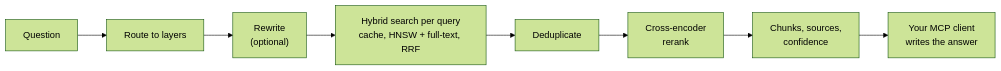
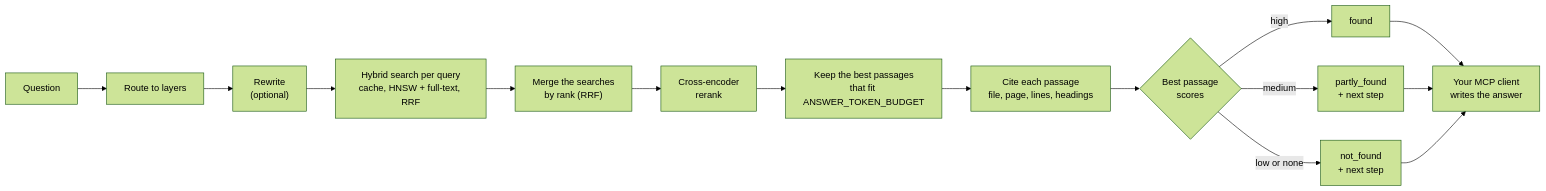
Before and after one commit to boudou/StrataKB: the sixth of 13 diagrams in README.md, drawn with Mermaid (forest theme). The commit also changed other lines of this file and 34 other files, not shown here.

````diff
--- a/README.md
+++ b/README.md
@@ -155,6 +164,10 @@
 ```mermaid
 flowchart LR
     q["Question"] --> r["Route to layers"] --> rw["Rewrite<br/>(optional)"] --> h["Hybrid search per query<br/>cache, HNSW + full-text, RRF"]
-    h --> d["Deduplicate"] --> rr["Cross-encoder<br/>rerank"] --> o["Chunks, sources,<br/>confidence"]
-    o --> a["Your MCP client<br/>writes the answer"]
+    h --> d["Merge the searches<br/>by rank (RRF)"] --> rr["Cross-encoder<br/>rerank"] --> b["Keep the best passages<br/>that fit ANSWER_TOKEN_BUDGET"]
+    b --> c["Cite each passage<br/>file, page, lines, headings"] --> o{"Best passage<br/>scores"}
+    o -->|"high"| f["found"]
+    o -->|"medium"| pf["partly_found<br/>+ next step"]
+    o -->|"low or none"| nf["not_found<br/>+ next step"]
+    f & pf & nf --> a["Your MCP client<br/>writes the answer"]
 ```
````
